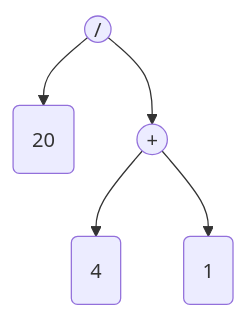
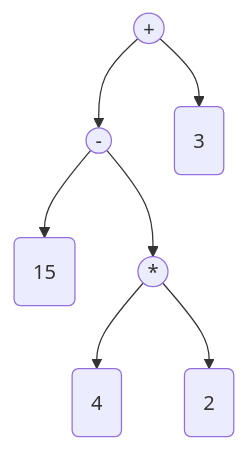
Before and after one commit to Assaoka/UNIFESP--Algoritmos_e_Estruturas_de_Dados_I: the third of 4 diagrams in Aulas/[ 16 ] Árvores de Expressão/README.md, drawn with Mermaid. The commit also changed other lines of this file, not shown here.

```diff
--- a/Aulas/[ 16 ] Árvores de Expressão/README.md
+++ b/Aulas/[ 16 ] Árvores de Expressão/README.md
@@ -71,7 +66,9 @@
 ~~~mermaid
 graph TD
-    op1(("/")) --> n1(20)
-    op1 --> op2(("+"))
-        op2 --> n2(4)
-        op2 --> n3(1)
+    op1((+)) --> op2(("-"))
+        op2 --> n1(15)
+        op2 --> op3((*))
+            op3 --> n2(4)
+            op3 --> n3(2)
+    op1 --> n4(3)
 ~~~
```
